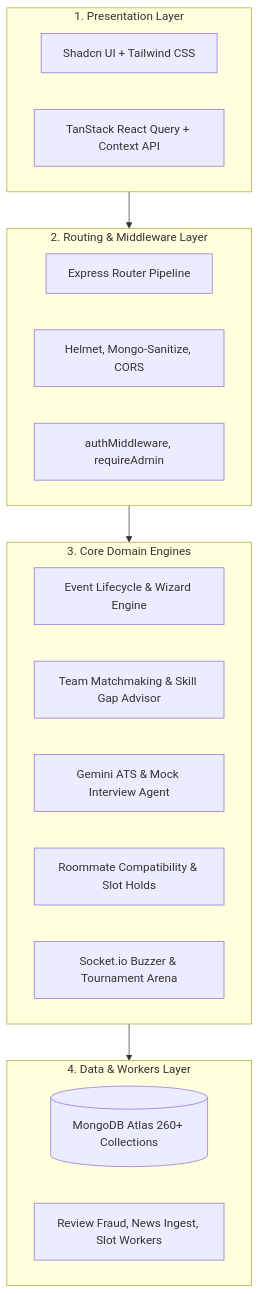
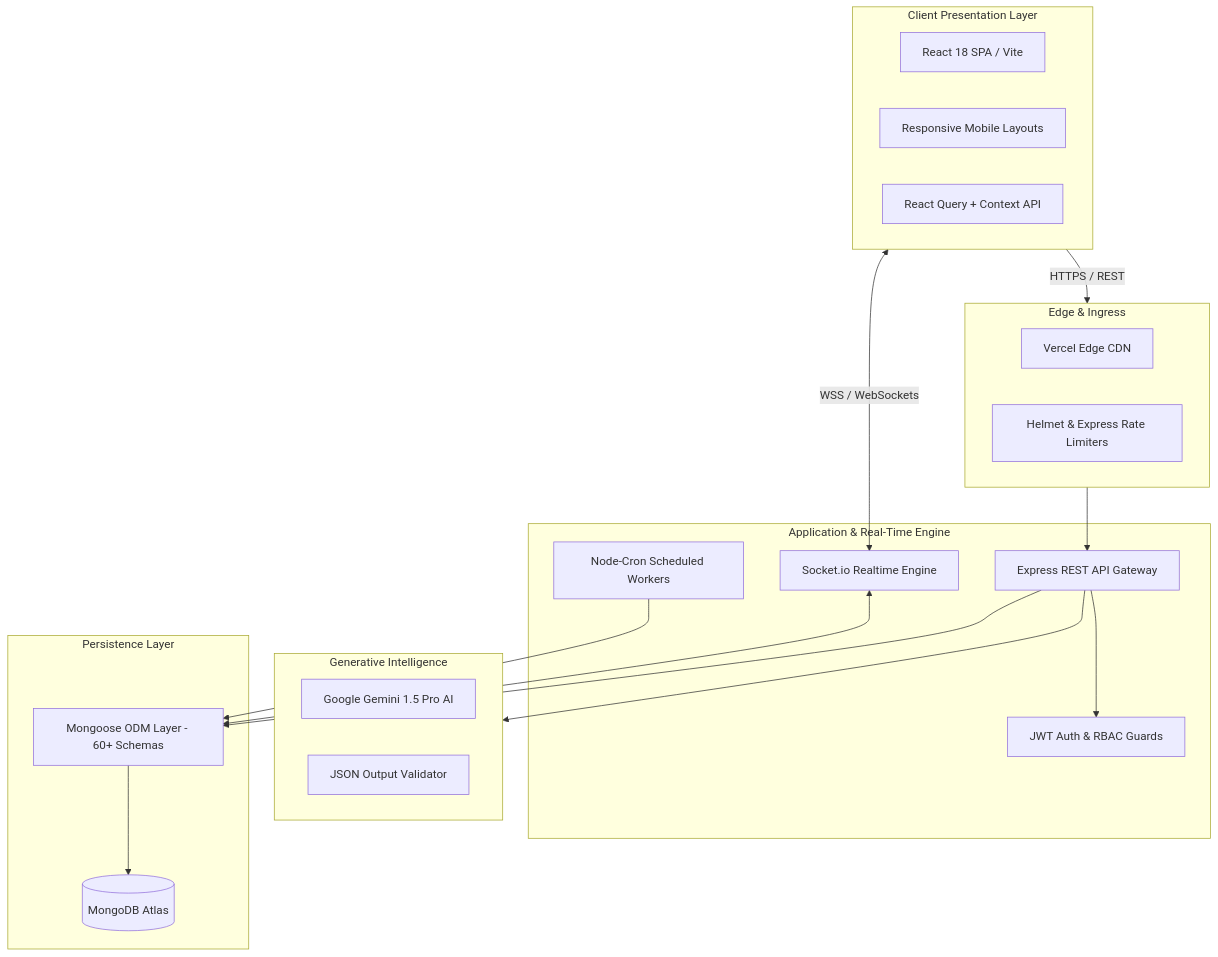
The first of 5 diagrams in README.md (sandeep-kumar-270904/platform-blueprint), drawn with Mermaid before and after one commit. The commit also changed other lines of this file, not shown here.

Commit message:
docs: implement authoritative 18-section standard with complete architecture, ML pipeline, and Mongoose documentation

````diff
--- a/README.md
+++ b/README.md
@@ -129,30 +70,40 @@
 ```mermaid
-graph TD
-    subgraph Presentation [1. Presentation Layer]
-        UI[Shadcn UI + Tailwind CSS]
-        StateManagement[TanStack React Query + Context API]
+graph TB
+    subgraph Client_Tier [Client Presentation Layer]
+        SPA[React 18 SPA / Vite]
+        Mobile[Responsive Mobile Layouts]
+        State[React Query + Context API]
     end
 
-    subgraph Routing [2. Routing & Middleware Layer]
-        ExpressRouter[Express Router Pipeline]
-        SecurityMiddleware[Helmet, Mongo-Sanitize, CORS]
-        AuthGuards[authMiddleware, requireAdmin]
+    subgraph Ingress_Tier [Edge & Ingress]
+        CDN[Vercel Edge CDN]
+        WAF[Helmet & Express Rate Limiters]
     end
 
-    subgraph Domain_Engines [3. Core Domain Engines]
-        EventEngine[Event Lifecycle & Wizard Engine]
-        MatchEngine[Team Matchmaking & Skill Gap Advisor]
-        CareerEngine[Gemini ATS & Mock Interview Agent]
-        HousingEngine[Roommate Compatibility & Slot Holds]
-        QuizEngine[Socket.io Buzzer & Tournament Arena]
+    subgraph Service_Tier [Application & Real-Time Engine]
+        API[Express REST API Gateway]
+        AuthSvc[JWT Auth & RBAC Guards]
+        SocketServer[Socket.io Realtime Engine]
+        CronEngine[Node-Cron Scheduled Workers]
     end
 
-    subgraph Storage_Layer [4. Data & Workers Layer]
-        Mongo[(MongoDB Atlas 260+ Collections)]
-        Crons[Review Fraud, News Ingest, Slot Workers]
+    subgraph AI_Tier [Generative Intelligence]
+        Gemini[Google Gemini 1.5 Pro AI]
+        SchemaValidator[JSON Output Validator]
     end
 
-    Presentation --> Routing
-    Routing --> Domain_Engines
-    Domain_Engines --> Storage_Layer
+    subgraph Data_Tier [Persistence Layer]
+        MongoDB[(MongoDB Atlas)]
+        MongooseODM[Mongoose ODM Layer - 60+ Schemas]
+    end
+
+    Client_Tier -->|HTTPS / REST| Ingress_Tier
+    Ingress_Tier --> API
+    Client_Tier <-->|WSS / WebSockets| SocketServer
+    API --> AuthSvc
+    API --> AI_Tier
+    API --> MongooseODM
+    SocketServer <--> MongooseODM
+    MongooseODM --> MongoDB
+    CronEngine --> MongooseODM
 ```
````
